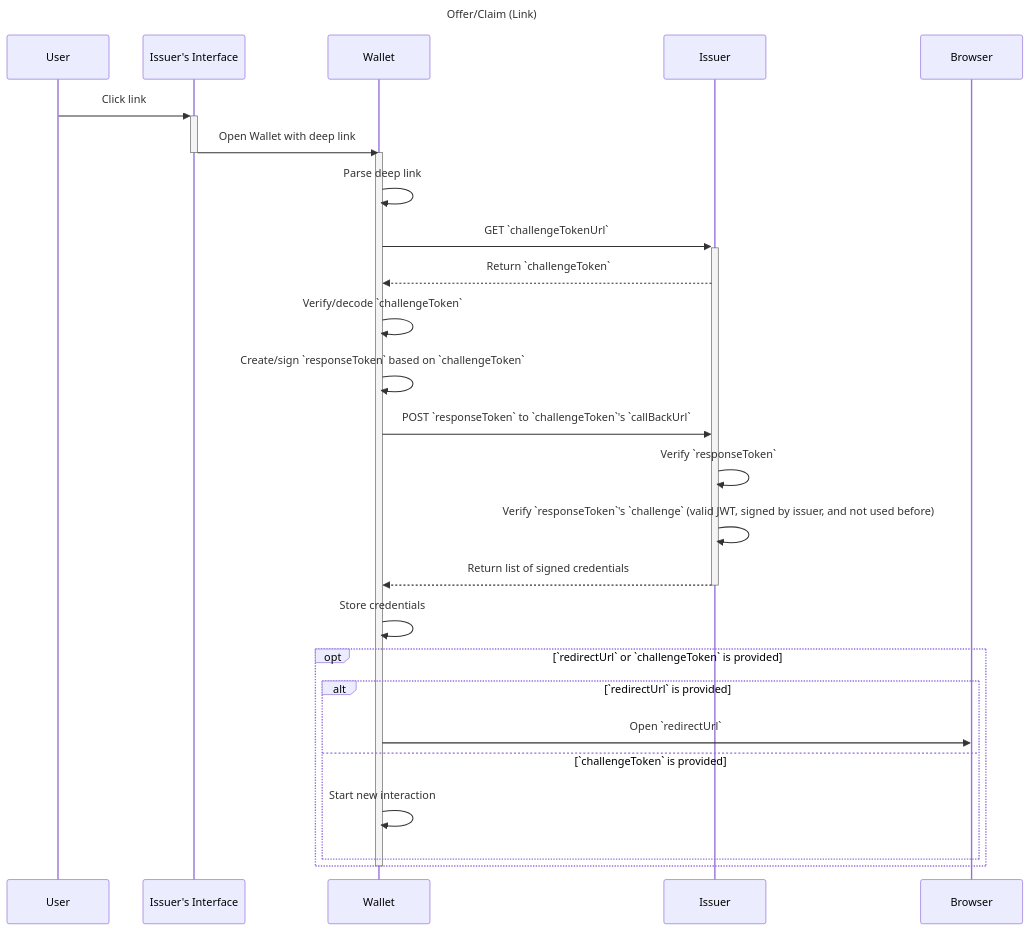
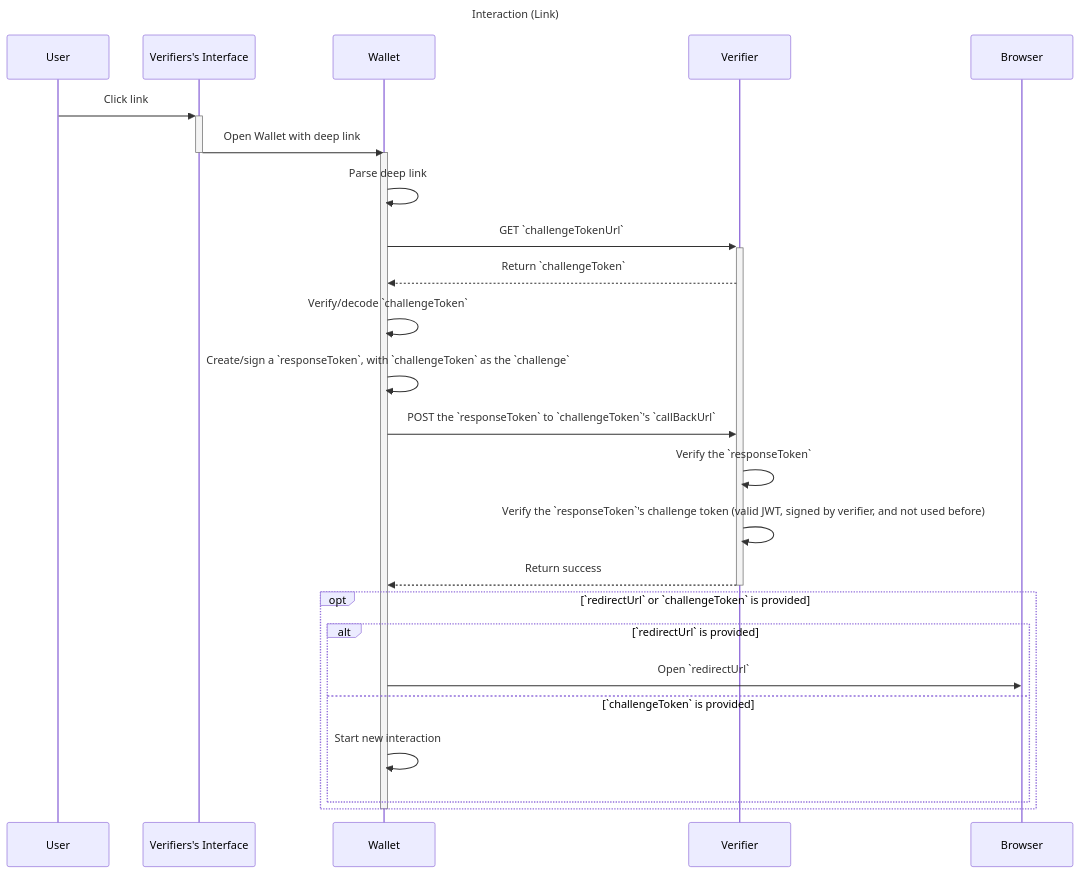
Before and after one commit to decentralized-identity/wallet-and-credential-interactions: the second of 6 diagrams in spec/spec.md, drawn with Mermaid. The commit also changed other lines of this file, not shown here.

````diff
--- a/spec/spec.md
+++ b/spec/spec.md
@@ -330,35 +220,33 @@
 ```mermaid
 sequenceDiagram
-  title: Offer/Claim (Link)
+  title: Interaction (Link)
 
-  User ->>+ Issuer's Interface: Click link
+  User ->>+ Verifiers's Interface: Click link
 
-  Issuer's Interface ->>- Wallet: Open Wallet with deep link
+  Verifiers's Interface ->>- Wallet: Open Wallet with deep link
 
   activate Wallet
 
   Wallet ->> Wallet: Parse deep link
 
-  Wallet ->>+ Issuer: GET `challengeTokenUrl`
-  Issuer -->> Wallet: Return `challengeToken`
+  Wallet ->>+ Verifier: GET `challengeTokenUrl`
+  Verifier -->> Wallet: Return `challengeToken`
 
   Wallet ->> Wallet: Verify/decode `challengeToken`
-  Wallet ->> Wallet: Create/sign `responseToken` based on `challengeToken`
+  Wallet ->> Wallet: Create/sign a `responseToken`, with `challengeToken` as the `challenge`
 
-  Wallet ->> Issuer: POST `responseToken` to `challengeToken`'s `callBackUrl`
-  Issuer ->> Issuer: Verify `responseToken`
-  Issuer ->> Issuer: Verify `responseToken`'s `challenge` (valid JWT, signed by issuer, and not used before)
-  Issuer -->>- Wallet: Return list of signed credentials
-
-  Wallet ->> Wallet: Store credentials
+  Wallet ->> Verifier: POST the `responseToken` to `challengeToken`'s `callBackUrl`
+  Verifier ->> Verifier: Verify the `responseToken`
+  Verifier ->> Verifier: Verify the `responseToken`'s challenge token (valid JWT, signed by verifier, and not used before)
+  Verifier -->>- Wallet: Return success
 
   opt `redirectUrl` or `challengeToken` is provided
     alt `redirectUrl` is provided
       Wallet ->> Browser: Open `redirectUrl`
     else `challengeToken` is provided
       Wallet ->> Wallet: Start new interaction
     end
   end
 
   deactivate Wallet
 ```
````
